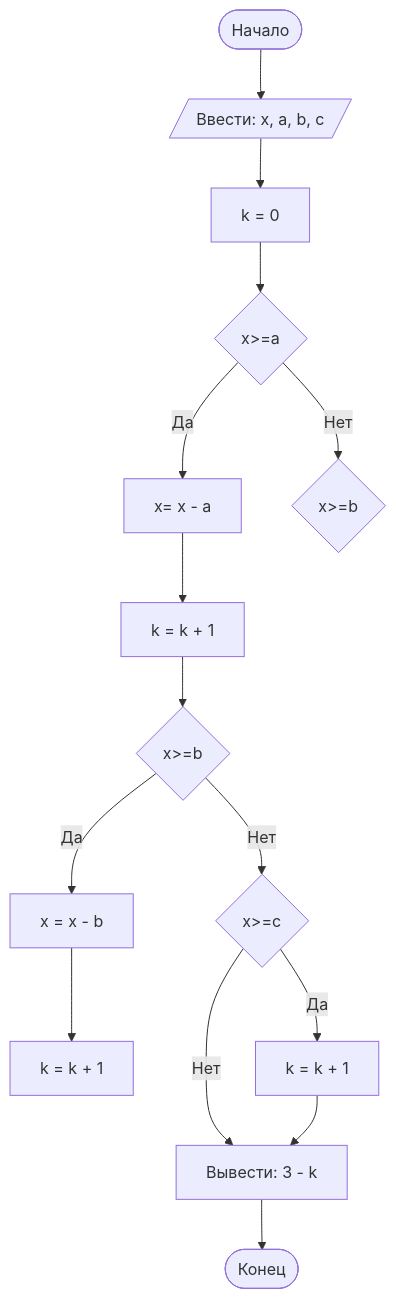
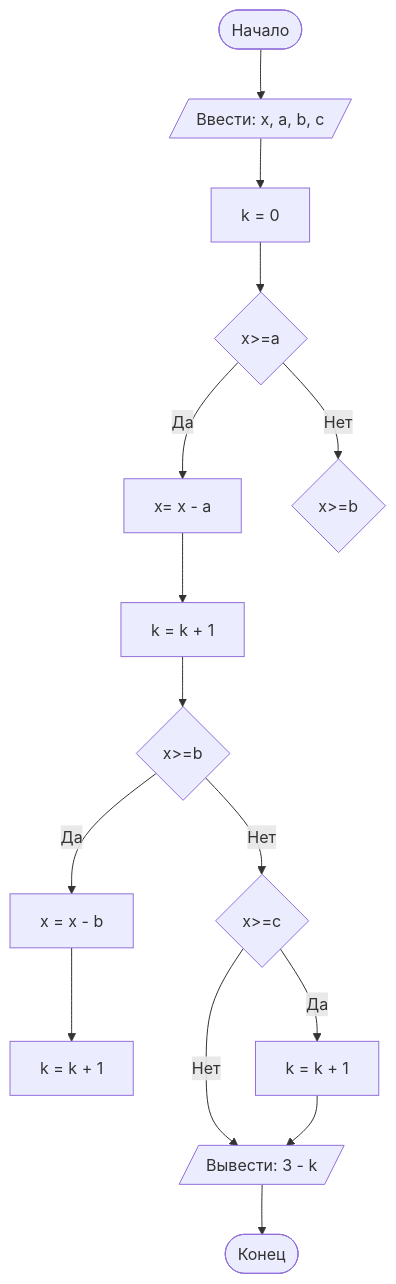
One commit to DariaVazh/Lab1 changed the diagram in README.md. Above: the diagram before and after it, drawn with Mermaid.

````diff
--- a/README.md
+++ b/README.md
@@ -42,17 +42,17 @@
 ```mermaid
 graph TD
 A([Начало]) --> B[/Ввести: x, a, b, c/]
 B --> C[k = 0]
 C --> D{x>=a}
 D -- Да --> E[x= x - a]
 D -- Нет --> Z{x>=b}
 E --> F[k = k + 1]
 F --> G{x>=b}
 G -- Да --> H[x = x - b]
 H --> I[k = k + 1]
 G -- Нет --> J{x>=c}
 J -- Да --> K[k = k + 1] 
-J -- Нет --> preEnd[Вывести: 3 - k]
+J -- Нет --> preEnd[/Вывести: 3 - k/]
 K --> preEnd
 preEnd --> End([Конец])
 ``` 
````
